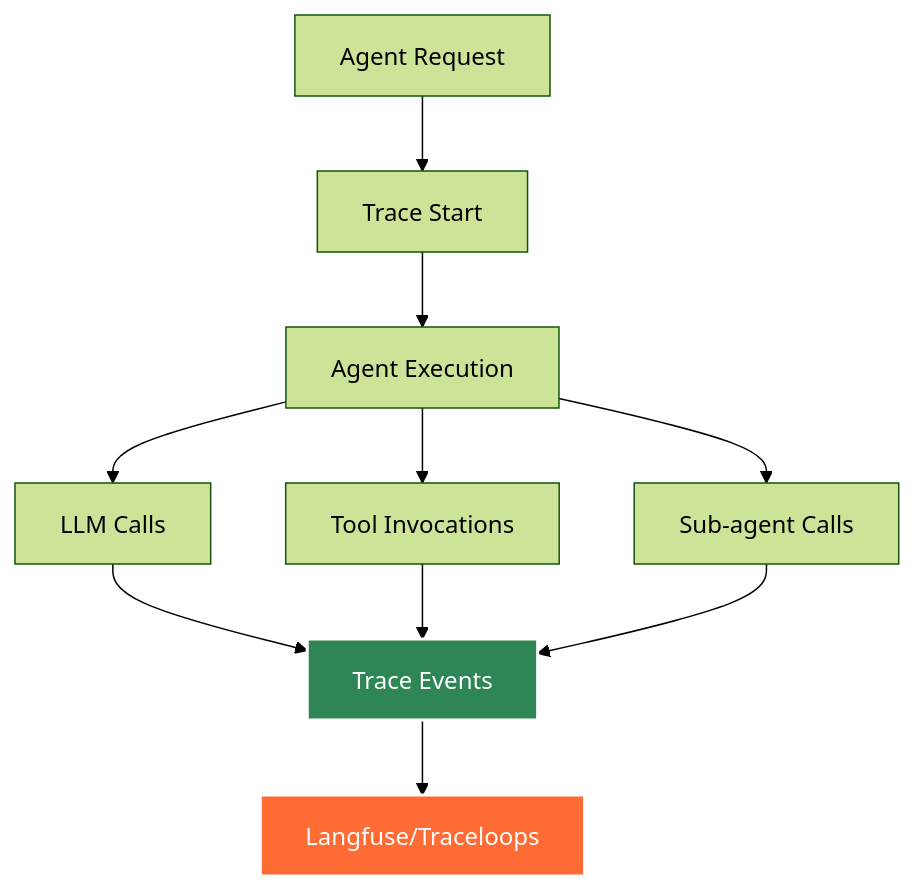
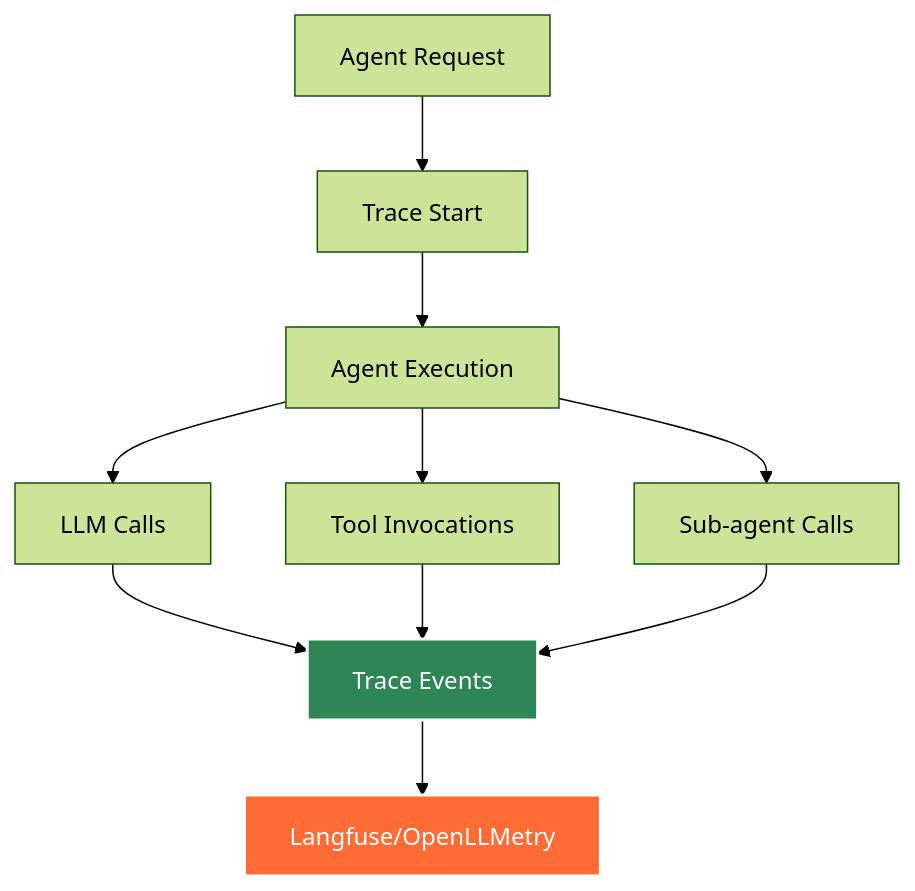
Before and after one commit to yaalalabs/agent-kernel: the diagram in docs/docs/advanced/traceability.md, drawn with Mermaid (forest theme). The commit also changed other lines of this file and 4 other files, not shown here.

````diff
--- a/docs/docs/advanced/traceability.md
+++ b/docs/docs/advanced/traceability.md
@@ -13,15 +13,15 @@
 ```mermaid
 graph TB
     A[Agent Request] --> B[Trace Start]
     B --> C[Agent Execution]
     C --> D[LLM Calls]
     C --> E[Tool Invocations]
     C --> F[Sub-agent Calls]
     D --> G[Trace Events]
     E --> G
     F --> G
-    G --> H[Langfuse/Traceloops]
+    G --> H[Langfuse/OpenLLMetry]
     
     style G fill:#2e8555,stroke:#fff,stroke-width:2px,color:#fff
     style H fill:#ff6b35,stroke:#fff,stroke-width:2px,color:#fff
 ```
````
